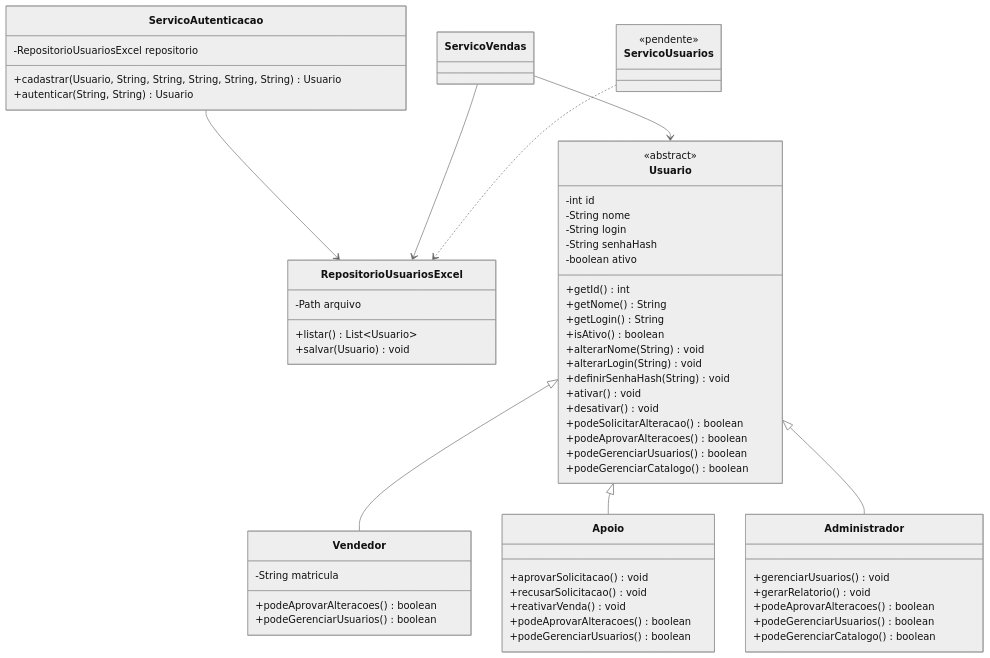
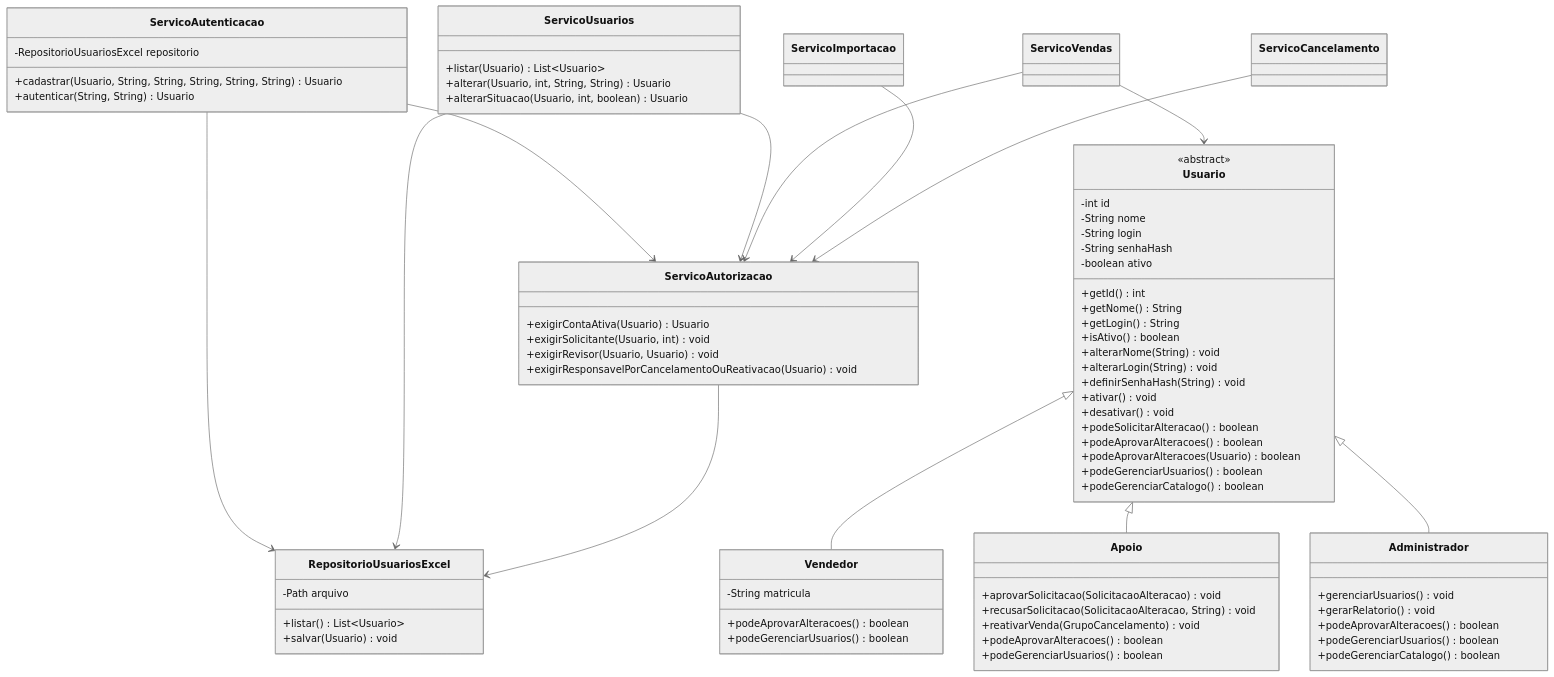
The diagram in docs/diagramas/09-usuários.mmd (JeffersonDeylane/LP2---sistema-de-vendas), drawn with Mermaid (neutral theme) before and after one commit. The commit also changed 16 other files, not shown here.

```diff
--- a/docs/diagramas/09-usuários.mmd
+++ b/docs/diagramas/09-usuários.mmd
@@ -1,66 +1,83 @@
 
 classDiagram
     class ServicoAutenticacao {
         -RepositorioUsuariosExcel repositorio
         +cadastrar(Usuario, String, String, String, String, String) Usuario
         +autenticar(String, String) Usuario
     }
     class RepositorioUsuariosExcel {
         -Path arquivo
         +listar() List~Usuario~
         +salvar(Usuario) void
     }
     class ServicoVendas
     class ServicoUsuarios {
-        <<pendente>>
+        +listar(Usuario) List~Usuario~
+        +alterar(Usuario, int, String, String) Usuario
+        +alterarSituacao(Usuario, int, boolean) Usuario
     }
+
+    class ServicoAutorizacao {
+        +exigirContaAtiva(Usuario) Usuario
+        +exigirSolicitante(Usuario, int) void
+        +exigirRevisor(Usuario, Usuario) void
+        +exigirResponsavelPorCancelamentoOuReativacao(Usuario) void
+    }
+    class ServicoImportacao
+    class ServicoCancelamento
 
     class Usuario {
         <<abstract>>
         -int id
         -String nome
         -String login
         -String senhaHash
         -boolean ativo
         +getId() int
         +getNome() String
         +getLogin() String
         +isAtivo() boolean
         +alterarNome(String) void
         +alterarLogin(String) void
         +definirSenhaHash(String) void
         +ativar() void
         +desativar() void
         +podeSolicitarAlteracao() boolean
         +podeAprovarAlteracoes() boolean
+        +podeAprovarAlteracoes(Usuario) boolean
         +podeGerenciarUsuarios() boolean
         +podeGerenciarCatalogo() boolean
     }
 
     class Vendedor {
         -String matricula
         +podeAprovarAlteracoes() boolean
         +podeGerenciarUsuarios() boolean
     }
     class Apoio {
-        +aprovarSolicitacao() void
-        +recusarSolicitacao() void
-        +reativarVenda() void
+        +aprovarSolicitacao(SolicitacaoAlteracao) void
+        +recusarSolicitacao(SolicitacaoAlteracao, String) void
+        +reativarVenda(GrupoCancelamento) void
         +podeAprovarAlteracoes() boolean
         +podeGerenciarUsuarios() boolean
     }
     class Administrador {
         +gerenciarUsuarios() void
         +gerarRelatorio() void
         +podeAprovarAlteracoes() boolean
         +podeGerenciarUsuarios() boolean
         +podeGerenciarCatalogo() boolean
     }
 
     Usuario <|-- Vendedor
     Usuario <|-- Apoio
     Usuario <|-- Administrador
     ServicoAutenticacao --> RepositorioUsuariosExcel
-    ServicoVendas --> RepositorioUsuariosExcel
     ServicoVendas --> Usuario
-    ServicoUsuarios ..> RepositorioUsuariosExcel
+    ServicoUsuarios --> RepositorioUsuariosExcel
+    ServicoAutorizacao --> RepositorioUsuariosExcel
+    ServicoAutenticacao --> ServicoAutorizacao
+    ServicoUsuarios --> ServicoAutorizacao
+    ServicoVendas --> ServicoAutorizacao
+    ServicoImportacao --> ServicoAutorizacao
+    ServicoCancelamento --> ServicoAutorizacao
```
